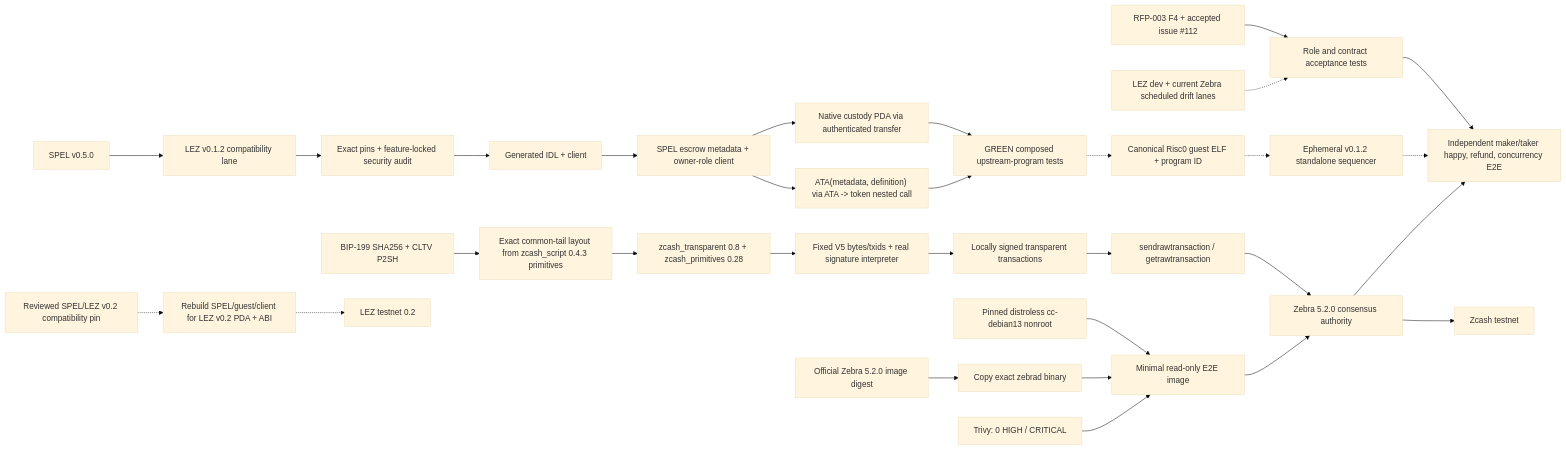
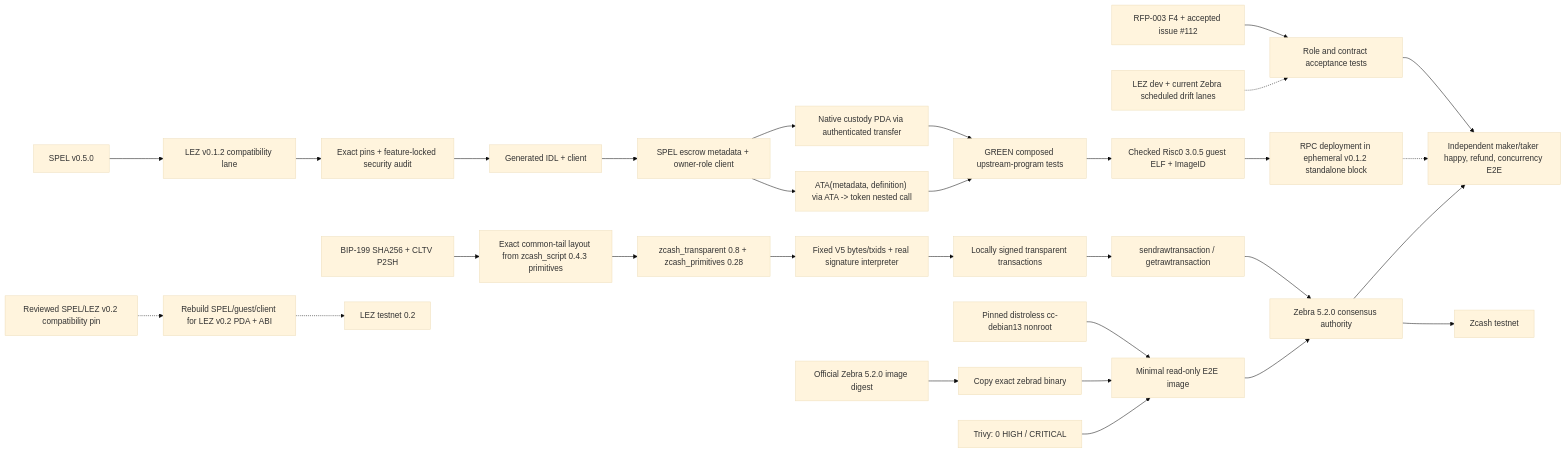
One commit to gateway-fm/lez-atomic-swaps changed the diagram in docs/architecture/0014-zec-m2-implementation-pins.md. Above: the diagram before and after it, drawn with Mermaid (base theme). The commit also changed other lines of this file and 18 other files, not shown here.

Commit message:
feat: deploy checked LEZ guest on standalone

````diff
--- a/docs/architecture/0014-zec-m2-implementation-pins.md
+++ b/docs/architecture/0014-zec-m2-implementation-pins.md
@@ -5,32 +5,32 @@
 ```mermaid
 flowchart LR
     Contract["RFP-003 F4 + accepted issue #112"] --> Tests["Role and contract acceptance tests"]
     BIP["BIP-199 SHA256 + CLTV P2SH"] --> Script["Exact common-tail layout from zcash_script 0.4.3 primitives"]
     Script --> Tx["zcash_transparent 0.8 + zcash_primitives 0.28"]
     Tx --> TxVectors["Fixed V5 bytes/txids + real signature interpreter"]
     TxVectors --> Raw["Locally signed transparent transactions"]
     Raw --> RPC["sendrawtransaction / getrawtransaction"]
     RPC --> Zebra["Zebra 5.2.0 consensus authority"]
     Official["Official Zebra 5.2.0 image digest"] --> Binary["Copy exact zebrad binary"]
     Distroless["Pinned distroless cc-debian13 nonroot"] --> Runtime["Minimal read-only E2E image"]
     Binary --> Runtime
     Scan["Trivy: 0 HIGH / CRITICAL"] --> Runtime
     Runtime --> Zebra
     Zebra --> ZTest["Zcash testnet"]
     SPEL["SPEL v0.5.0"] --> Compat["LEZ v0.1.2 compatibility lane"]
     Compat --> CompatAudit["Exact pins + feature-locked security audit"]
     CompatAudit --> IDL["Generated IDL + client"]
     IDL --> Escrow["SPEL escrow metadata + owner-role client"]
     Escrow --> NativeCustody["Native custody PDA via authenticated transfer"]
     Escrow --> TokenCustody["ATA(metadata, definition) via ATA -> token nested call"]
     NativeCustody --> LocalProof["GREEN composed upstream-program tests"]
     TokenCustody --> LocalProof
-    LocalProof -.-> Guest["Canonical Risc0 guest ELF + program ID"]
-    Guest -.-> LocalSeq["Ephemeral v0.1.2 standalone sequencer"]
+    LocalProof --> Guest["Checked Risc0 3.0.5 guest ELF + ImageID"]
+    Guest --> LocalSeq["RPC deployment in ephemeral v0.1.2 standalone block"]
     Port["Rebuild SPEL/guest/client for LEZ v0.2 PDA + ABI"] -.-> LezTest["LEZ testnet 0.2"]
     Native["Reviewed SPEL/LEZ v0.2 compatibility pin"] -.-> Port
     Drift["LEZ dev + current Zebra scheduled drift lanes"] -.-> Tests
     Tests --> Roles["Independent maker/taker happy, refund, concurrency E2E"]
     LocalSeq -.-> Roles
     Zebra --> Roles
 ```
````
